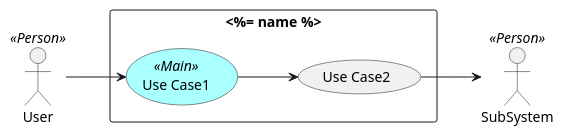
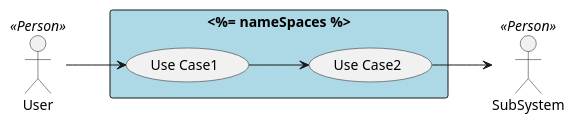
The diagram in bouquet-SubSystem/templates/UseCases.puml (madajaju/bouquet), drawn with PlantUML before and after one commit. The commit also changed 36 other files, not shown here.

```diff
--- a/bouquet-SubSystem/templates/UseCases.puml
+++ b/bouquet-SubSystem/templates/UseCases.puml
@@ -1,23 +1,19 @@
 @startuml
 
 left to right direction
 
-skinparam usecase {
-  BackgroudnColor #ffffaa
-  BackgroundColor<<Main>> #aaffff
-}
 actor :User: <<Person>>
 actor :SubSystem: <<Person>>
 
 
-rectangle "<%= name %>" {
-UseCase UC1 <<Main>> as "Use Case1"
+rectangle "<%= nameSpaces %>" #lightBlue {
+UseCase UC1  as "Use Case1"
 UseCase UC2  as "Use Case2"
 
 
 User --> UC1
 UC1 --> UC2
 UC2 --> SubSystem
 }
 
 @enduml
```
